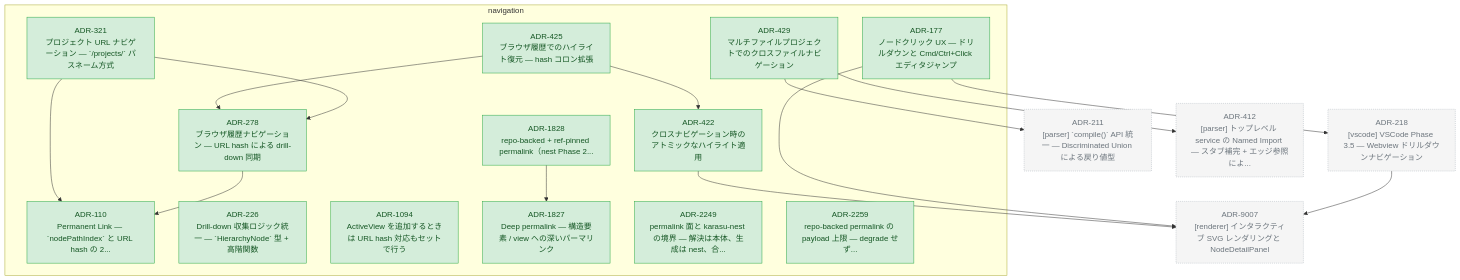
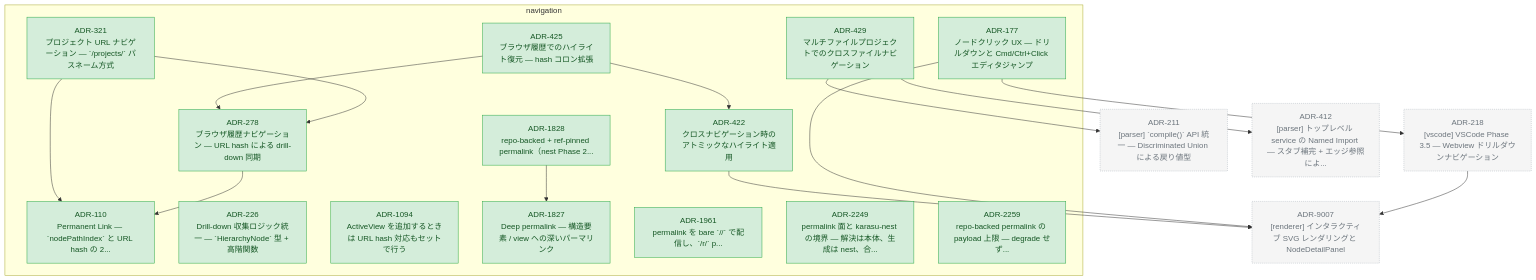
One commit to kompiro/karasu changed the diagram in docs/adr/graph/navigation.md. Above: the diagram before and after it, drawn with Mermaid. The commit also changed other lines of this file and 4 other files, not shown here.

First line of the commit message:
docs(adr): record ADR-1961 — bare /<owner>/<repo> permalinks, /r/ retired

````diff
--- a/docs/adr/graph/navigation.md
+++ b/docs/adr/graph/navigation.md
@@ -6,58 +6,60 @@
 ```mermaid
 flowchart TD
   subgraph navigation["navigation"]
     ADR_110["ADR-110<br/>Permanent Link — `nodePathIndex` と URL hash の 2..."]
     ADR_177["ADR-177<br/>ノードクリック UX — ドリルダウンと Cmd/Ctrl+Click エディタジャンプ"]
     ADR_226["ADR-226<br/>Drill-down 収集ロジック統一 — `HierarchyNode` 型 + 高階関数"]
     ADR_278["ADR-278<br/>ブラウザ履歴ナビゲーション — URL hash による drill-down 同期"]
     ADR_321["ADR-321<br/>プロジェクト URL ナビゲーション — `/projects/<uuid>` パスネーム方式"]
     ADR_422["ADR-422<br/>クロスナビゲーション時のアトミックなハイライト適用"]
     ADR_425["ADR-425<br/>ブラウザ履歴でのハイライト復元 — hash コロン拡張"]
     ADR_429["ADR-429<br/>マルチファイルプロジェクトでのクロスファイルナビゲーション"]
     ADR_1094["ADR-1094<br/>ActiveView を追加するときは URL hash 対応もセットで行う"]
     ADR_1827["ADR-1827<br/>Deep permalink — 構造要素 / view への深いパーマリンク"]
     ADR_1828["ADR-1828<br/>repo-backed + ref-pinned permalink（nest Phase 2..."]
+    ADR_1961["ADR-1961<br/>permalink を bare `/<owner>/<repo>` で配信し、`/r/` p..."]
     ADR_2249["ADR-2249<br/>permalink 面と karasu-nest の境界 — 解決は本体、生成は nest、合..."]
     ADR_2259["ADR-2259<br/>repo-backed permalink の payload 上限 — degrade せず..."]
   end
   ADR_211["ADR-211<br/>[parser] `compile()` API 統一 — Discriminated Union による戻り値型"]
   ADR_218["ADR-218<br/>[vscode] VSCode Phase 3.5 — Webview ドリルダウンナビゲーション"]
   ADR_412["ADR-412<br/>[parser] トップレベル service の Named Import — スタブ補完 + エッジ参照によ..."]
   ADR_9007["ADR-9007<br/>[renderer] インタラクティブ SVG レンダリングと NodeDetailPanel"]
   ADR_177 --> ADR_9007
   ADR_177 --> ADR_218
   ADR_278 --> ADR_110
   ADR_321 --> ADR_278
   ADR_321 --> ADR_110
   ADR_422 --> ADR_9007
   ADR_425 --> ADR_422
   ADR_425 --> ADR_278
   ADR_429 --> ADR_412
   ADR_429 --> ADR_211
   ADR_1828 --> ADR_1827
   ADR_218 --> ADR_9007
 
   classDef accepted fill:#d4edda,stroke:#28a745,color:#155724
   classDef proposed fill:#fff3cd,stroke:#ffc107,color:#856404
   classDef deprecated fill:#f8d7da,stroke:#dc3545,color:#721c24
   classDef superseded fill:#e2e3e5,stroke:#6c757d,color:#383d41
   classDef not_adopted fill:#e2e3e5,stroke:#6c757d,color:#383d41,stroke-dasharray:3 3
   classDef ghost fill:#f5f5f5,stroke:#adb5bd,color:#6c757d,stroke-dasharray:2 2
   class ADR_110 accepted
   class ADR_177 accepted
   class ADR_226 accepted
   class ADR_278 accepted
   class ADR_321 accepted
   class ADR_422 accepted
   class ADR_425 accepted
   class ADR_429 accepted
   class ADR_1094 accepted
   class ADR_1827 accepted
   class ADR_1828 accepted
+  class ADR_1961 accepted
   class ADR_2249 accepted
   class ADR_2259 accepted
   class ADR_211 ghost
   class ADR_218 ghost
   class ADR_412 ghost
   class ADR_9007 ghost
 ```
````
